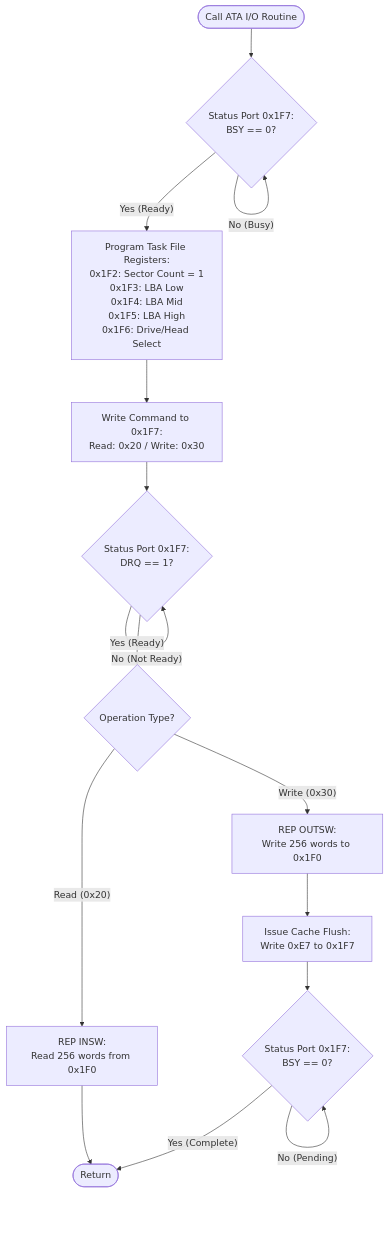
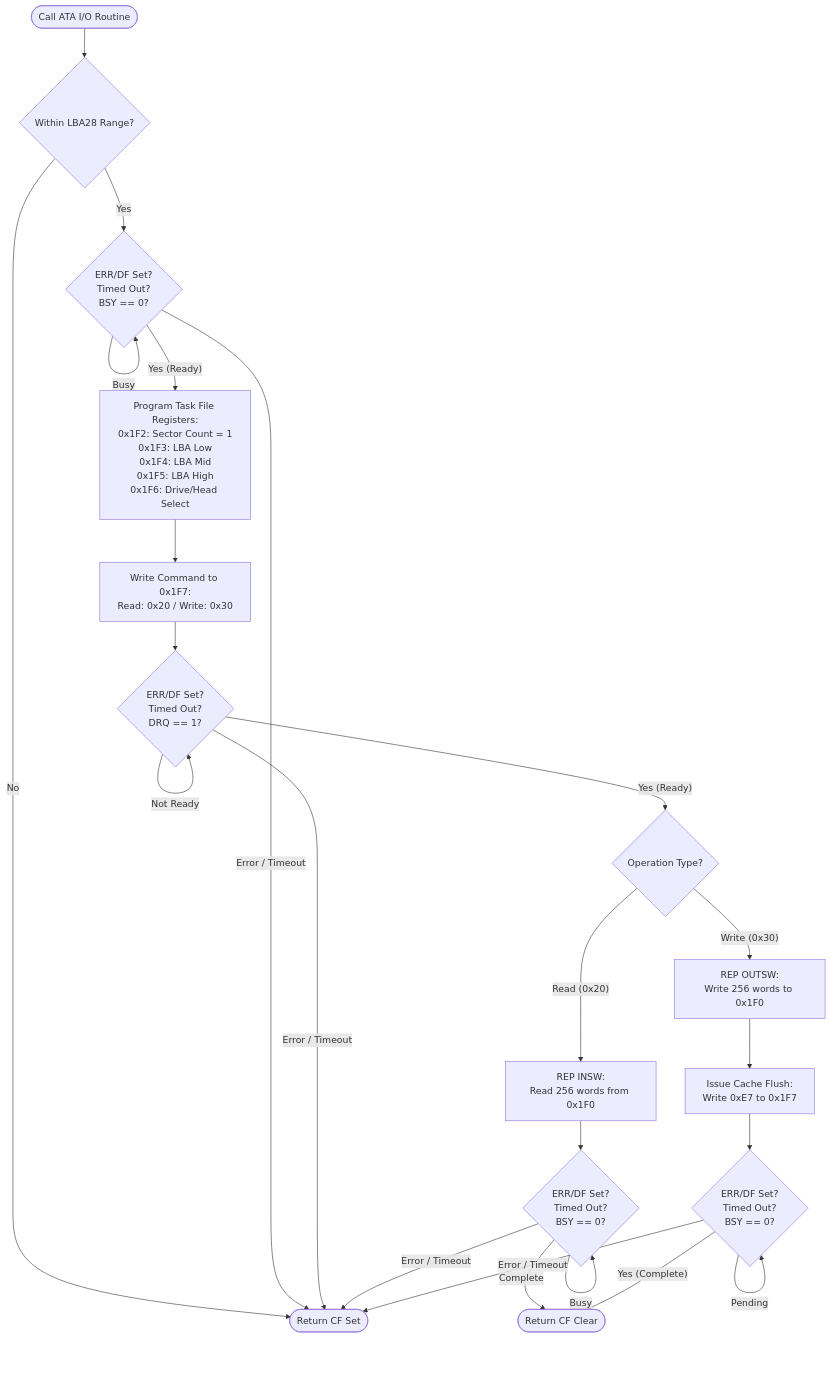
One commit to charlestsaur/MINI-OS changed the second of 8 diagrams in docs/Flowchart.md. Above: the diagram before and after it, drawn with Mermaid. The commit also changed other lines of this file and 13 other files, not shown here.

````diff
--- a/docs/Flowchart.md
+++ b/docs/Flowchart.md
@@ -32,21 +38,29 @@
 ```mermaid
 flowchart TD
-    Start([Call ATA I/O Routine]) --> WaitBSY1{Status Port 0x1F7:<br/>BSY == 0?}
-    WaitBSY1 -- No (Busy) --> WaitBSY1
+    Start([Call ATA I/O Routine]) --> LBA{Within LBA28 Range?}
+    LBA -- No --> Fail([Return CF Set])
+    LBA -- Yes --> WaitBSY1{ERR/DF Set?<br/>Timed Out?<br/>BSY == 0?}
+    WaitBSY1 -- Error / Timeout --> Fail
+    WaitBSY1 -- Busy --> WaitBSY1
     WaitBSY1 -- Yes (Ready) --> Program[Program Task File Registers:<br/>0x1F2: Sector Count = 1<br/>0x1F3: LBA Low<br/>0x1F4: LBA Mid<br/>0x1F5: LBA High<br/>0x1F6: Drive/Head Select]
     
     Program --> IssueCmd[Write Command to 0x1F7:<br/>Read: 0x20 / Write: 0x30]
     
-    IssueCmd --> WaitDRQ{Status Port 0x1F7:<br/>DRQ == 1?}
-    WaitDRQ -- No (Not Ready) --> WaitDRQ
+    IssueCmd --> WaitDRQ{ERR/DF Set?<br/>Timed Out?<br/>DRQ == 1?}
+    WaitDRQ -- Error / Timeout --> Fail
+    WaitDRQ -- Not Ready --> WaitDRQ
     WaitDRQ -- Yes (Ready) --> OpType{Operation Type?}
     
     OpType -- Read (0x20) --> DataIn[REP INSW:<br/>Read 256 words from 0x1F0]
-    DataIn --> Finish([Return])
+    DataIn --> WaitReadDone{ERR/DF Set?<br/>Timed Out?<br/>BSY == 0?}
+    WaitReadDone -- Error / Timeout --> Fail
+    WaitReadDone -- Busy --> WaitReadDone
+    WaitReadDone -- Complete --> Finish([Return CF Clear])
     
     OpType -- Write (0x30) --> DataOut[REP OUTSW:<br/>Write 256 words to 0x1F0]
     DataOut --> Flush[Issue Cache Flush:<br/>Write 0xE7 to 0x1F7]
-    Flush --> WaitBSY2{Status Port 0x1F7:<br/>BSY == 0?}
-    WaitBSY2 -- No (Pending) --> WaitBSY2
+    Flush --> WaitBSY2{ERR/DF Set?<br/>Timed Out?<br/>BSY == 0?}
+    WaitBSY2 -- Error / Timeout --> Fail
+    WaitBSY2 -- Pending --> WaitBSY2
     WaitBSY2 -- Yes (Complete) --> Finish
 ```
````
